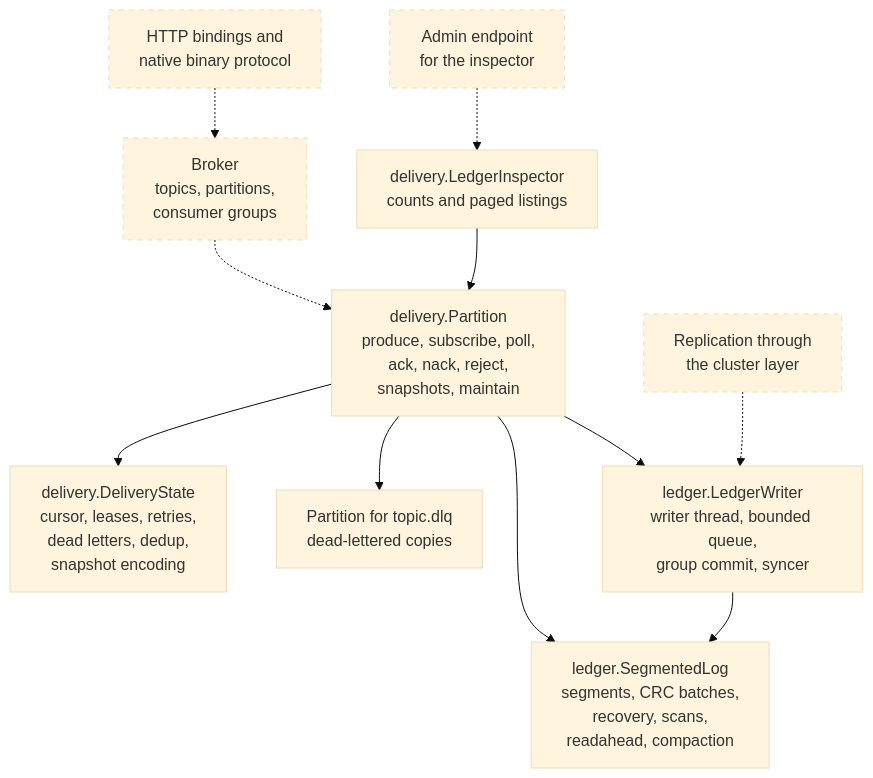
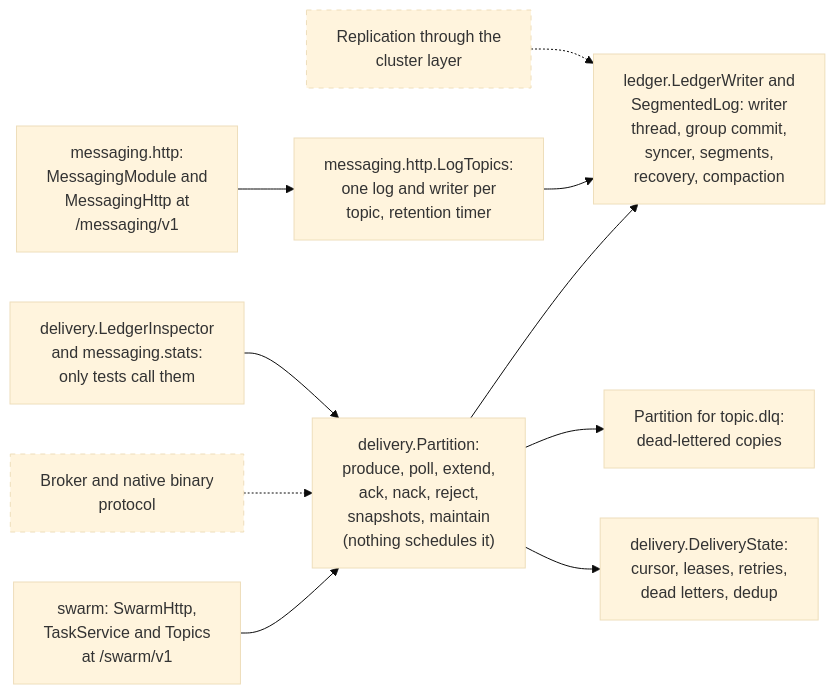
Before and after one commit to BlivionIaG/sjws_nettask: the third of 3 diagrams in docs/messaging/design.md, drawn with Mermaid (base theme). The commit also changed other lines of this file and 2 other files, not shown here.

Commit message:
docs: messaging and swarm diagrams as built
messaging/design.md: message state machine with extend, fencing and lazy
expiry, and a component map with the two opt-in modules. partition-log.md:
produce, fetch and retention as built. agent-swarm.md: the gate and mount
path, and one S1 request and reply.

Claude-Session: https://claude.ai/code/session_019GtBYbK9M52qYneweqaT6f

````diff
--- a/docs/messaging/design.md
+++ b/docs/messaging/design.md
@@ -192,27 +197,26 @@
 ```mermaid
-flowchart TB
-    bind["HTTP bindings and<br/>native binary protocol"]
-    adm["Admin endpoint<br/>for the inspector"]
-    br["Broker<br/>topics, partitions,<br/>consumer groups"]
-    insp["delivery.LedgerInspector<br/>counts and paged listings"]
-    part["delivery.Partition<br/>produce, subscribe, poll,<br/>ack, nack, reject,<br/>snapshots, maintain"]
-    ds["delivery.DeliveryState<br/>cursor, leases, retries,<br/>dead letters, dedup,<br/>snapshot encoding"]
-    dlq["Partition for topic.dlq<br/>dead-lettered copies"]
-    lw["ledger.LedgerWriter<br/>writer thread, bounded queue,<br/>group commit, syncer"]
-    sl["ledger.SegmentedLog<br/>segments, CRC batches,<br/>recovery, scans,<br/>readahead, compaction"]
-    rep["Replication through<br/>the cluster layer"]
+flowchart LR
+    mh["messaging.http:<br/>MessagingModule and<br/>MessagingHttp at<br/>/messaging/v1"]
+    sh["swarm: SwarmHttp,<br/>TaskService and Topics<br/>at /swarm/v1"]
+    br["Broker and native binary<br/>protocol"]
+    tools["delivery.LedgerInspector<br/>and messaging.stats:<br/>only tests call them"]
+    rep["Replication through the<br/>cluster layer"]
+    lt["messaging.http.LogTopics:<br/>one log and writer per<br/>topic, retention timer"]
+    part["delivery.Partition:<br/>produce, poll, extend,<br/>ack, nack, reject,<br/>snapshots, maintain<br/>(nothing schedules it)"]
+    ds["delivery.DeliveryState:<br/>cursor, leases, retries,<br/>dead letters, dedup"]
+    dlq["Partition for topic.dlq:<br/>dead-lettered copies"]
+    led["ledger.LedgerWriter and<br/>SegmentedLog: writer<br/>thread, group commit,<br/>syncer, segments,<br/>recovery, compaction"]
 
-    bind -.-> br
+    mh --> lt
+    lt --> led
+    sh --> part
     br -.-> part
-    adm -.-> insp
-    insp --> part
+    tools --> part
     part --> ds
-    part --> lw
-    part --> sl
     part --> dlq
-    lw --> sl
-    rep -.-> lw
+    part --> led
+    rep -.-> led
 
     classDef design stroke-dasharray: 5 5
-    class bind,adm,br,rep design
+    class br,rep design
 ```
````
